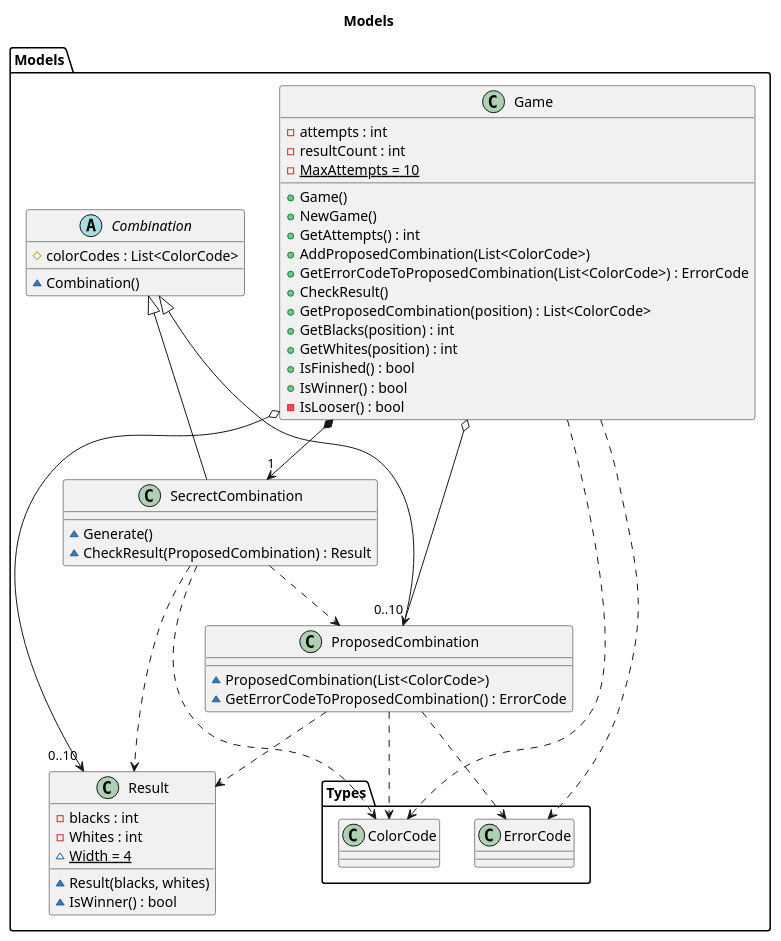
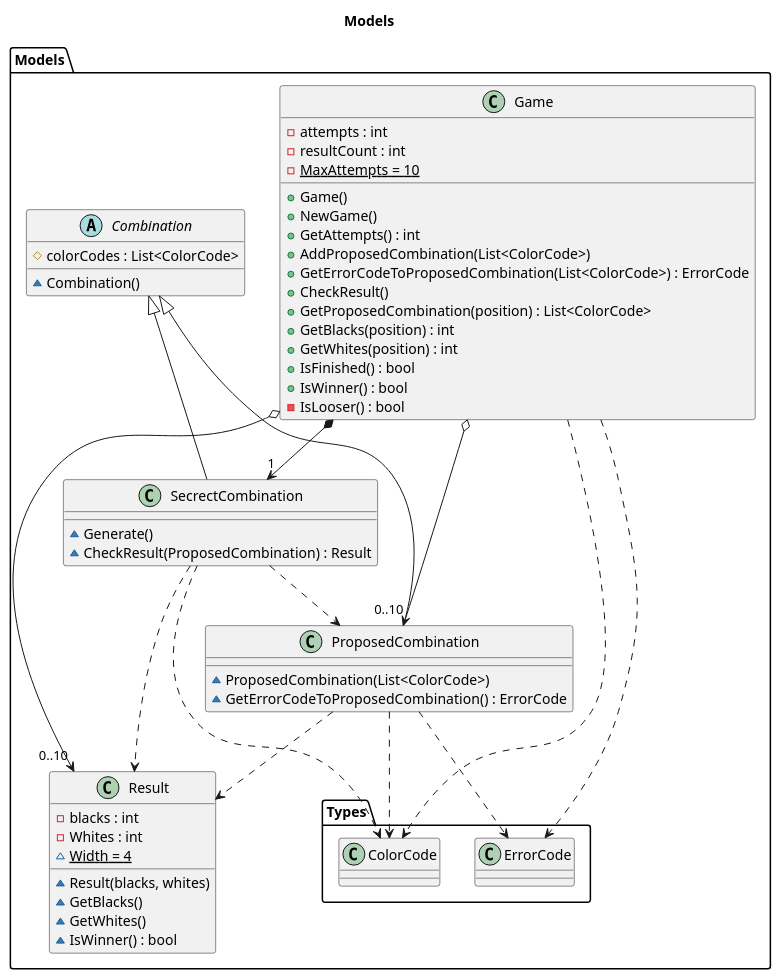
The diagram in src/Mastermind/ModelViewPresenter/PresentationModel/Facade/Docs/Models.plantuml (franpaulinoinfante/MasterSoftwareDevelopment), drawn with PlantUML before and after one commit. The commit also changed 21 other files, not shown here.

```diff
--- a/src/Mastermind/ModelViewPresenter/PresentationModel/Facade/Docs/Models.plantuml
+++ b/src/Mastermind/ModelViewPresenter/PresentationModel/Facade/Docs/Models.plantuml
@@ -1,59 +1,61 @@
 @startuml Models
 title Models
 namespace Models{
     class Game{
         -attempts : int
         -resultCount : int
         -{static} MaxAttempts = 10
         +Game()
         +NewGame()
         +GetAttempts() : int
         +AddProposedCombination(List<ColorCode>)
         +GetErrorCodeToProposedCombination(List<ColorCode>) : ErrorCode
         +CheckResult()
         +GetProposedCombination(position) : List<ColorCode>
         +GetBlacks(position) : int
         +GetWhites(position) : int
         +IsFinished() : bool
         +IsWinner() : bool
         -IsLooser() : bool
     }
     Game *--> "1" SecrectCombination
     Game o--> "0..10" ProposedCombination
     Game o--> "0..10" Result
     Game ..> Types.ColorCode
     Game ..> Types.ErrorCode
 
     abstract Combination{
         #colorCodes : List<ColorCode>
         ~Combination()
     }
     Combination <|-- SecrectCombination
     Combination <|-- ProposedCombination
 
     class SecrectCombination{
         ~Generate()
         ~CheckResult(ProposedCombination) : Result
     }
     SecrectCombination ..> ProposedCombination
     SecrectCombination ..> Result
     SecrectCombination ..> Types.ColorCode
 
     class ProposedCombination{
         ~ProposedCombination(List<ColorCode>)
         ~GetErrorCodeToProposedCombination() : ErrorCode
     }
     ProposedCombination ..> Types.ColorCode
     ProposedCombination ..> Types.ErrorCode
     ProposedCombination ..> Result
 
     class Result{
         -blacks : int
         -Whites : int
         ~{static}Width = 4
         ~Result(blacks, whites)
+        ~GetBlacks()
+        ~GetWhites()
         ~IsWinner() : bool
     }
 
 }
 @enduml
```
